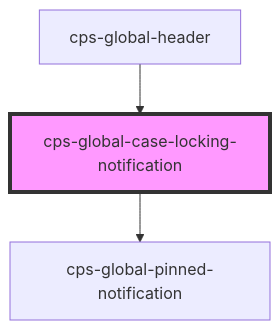
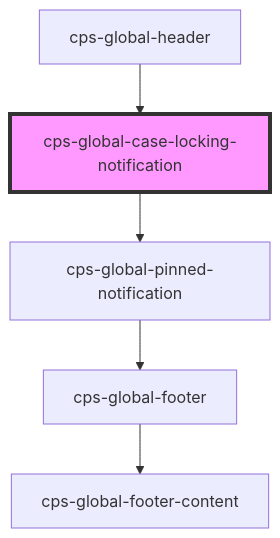
One commit to CPS-Innovation/global-components changed the diagram in packages/cps-global-components/src/components/cps-global-case-locking-notification/readme.md. Above: the diagram before and after it, drawn with Mermaid. The commit also changed 14 other files, not shown here.

Commit message:
#FCT2-21274 - add interstitial and new format pinned notification (#1067)

````diff
--- a/packages/cps-global-components/src/components/cps-global-case-locking-notification/readme.md
+++ b/packages/cps-global-components/src/components/cps-global-case-locking-notification/readme.md
@@ -19,6 +19,8 @@
 ```mermaid
 graph TD;
   cps-global-case-locking-notification --> cps-global-pinned-notification
+  cps-global-pinned-notification --> cps-global-footer
+  cps-global-footer --> cps-global-footer-content
   cps-global-header --> cps-global-case-locking-notification
   style cps-global-case-locking-notification fill:#f9f,stroke:#333,stroke-width:4px
 ```
````
